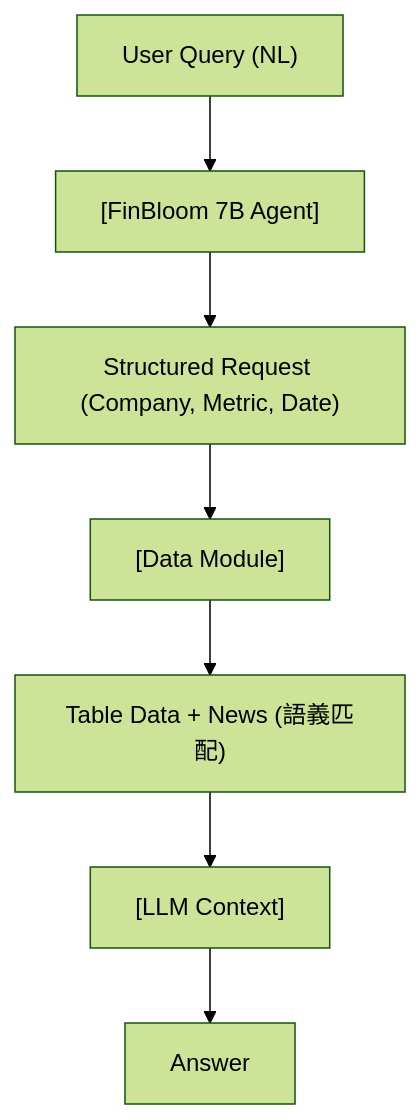
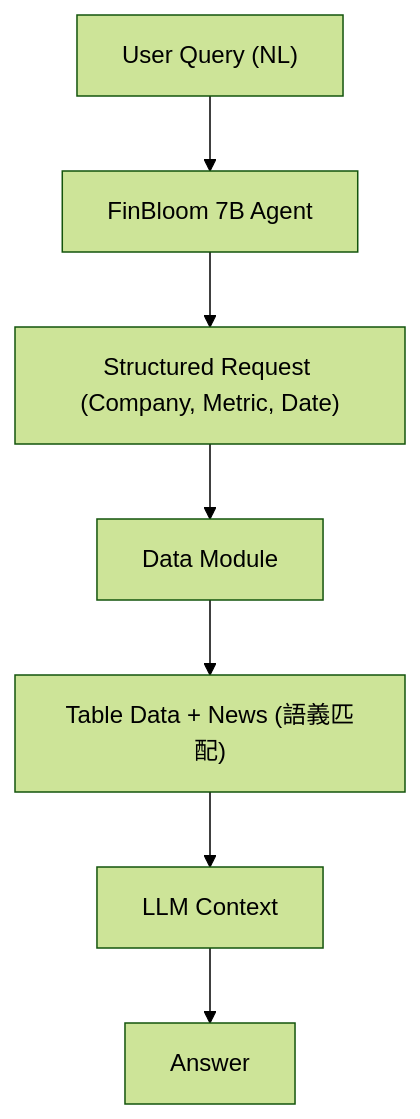
The diagram in foundations/llm-agentic/finbloom.md (sou350121/Trading-Handbook), drawn with Mermaid (forest theme) before and after one commit. The commit also changed 191 other files, not shown here.

First line of the commit message:
render: fix math + mermaid for GitHub across the corpus (188 pages)

````diff
--- a/foundations/llm-agentic/finbloom.md
+++ b/foundations/llm-agentic/finbloom.md
@@ -32,9 +32,9 @@
 ```mermaid
 flowchart TD
-    A["User Query (NL)"] --> B["[FinBloom 7B Agent]"]
-    B["[FinBloom 7B Agent]"] --> C["Structured Request (Company, Metric, Date)"]
-    C["Structured Request (Company, Metric, Date)"] --> D["[Data Module]"]
-    D["[Data Module]"] --> E["Table Data + News (語義匹配)"]
-    E["Table Data + News (語義匹配)"] --> F["[LLM Context]"]
-    F["[LLM Context]"] --> G["Answer"]
+    A["User Query (NL)"] --> B["FinBloom 7B Agent"]
+    B["FinBloom 7B Agent"] --> C["Structured Request (Company, Metric, Date)"]
+    C["Structured Request (Company, Metric, Date)"] --> D["Data Module"]
+    D["Data Module"] --> E["Table Data + News (語義匹配)"]
+    E["Table Data + News (語義匹配)"] --> F["LLM Context"]
+    F["LLM Context"] --> G["Answer"]
 ```
````
